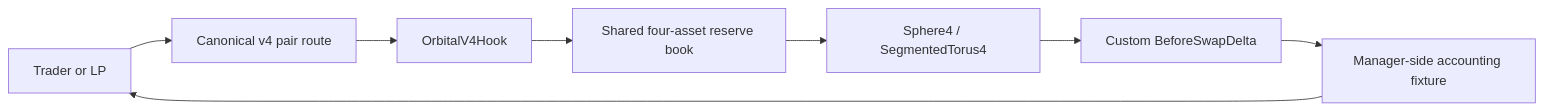
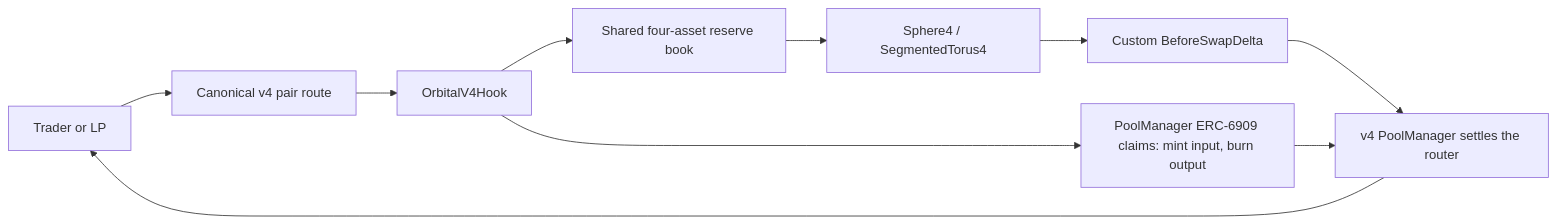
One commit to Sarnav07/Orbital changed the first of 3 diagrams in README.md. Above: the diagram before and after it, drawn with Mermaid. The commit also changed other lines of this file and 6 other files, not shown here.

````diff
--- a/README.md
+++ b/README.md
@@ -18,10 +18,12 @@
 ```mermaid
 flowchart LR
     T[Trader or LP] --> P[Canonical v4 pair route]
     P --> H[OrbitalV4Hook]
     H --> S[Shared four-asset reserve book]
     S --> G[Sphere4 / SegmentedTorus4]
     G --> D[Custom BeforeSwapDelta]
-    D --> M[Manager-side accounting fixture]
+    H --> C[PoolManager ERC-6909 claims: mint input, burn output]
+    D --> M[v4 PoolManager settles the router]
+    C --> M
     M --> T
 ```
````
